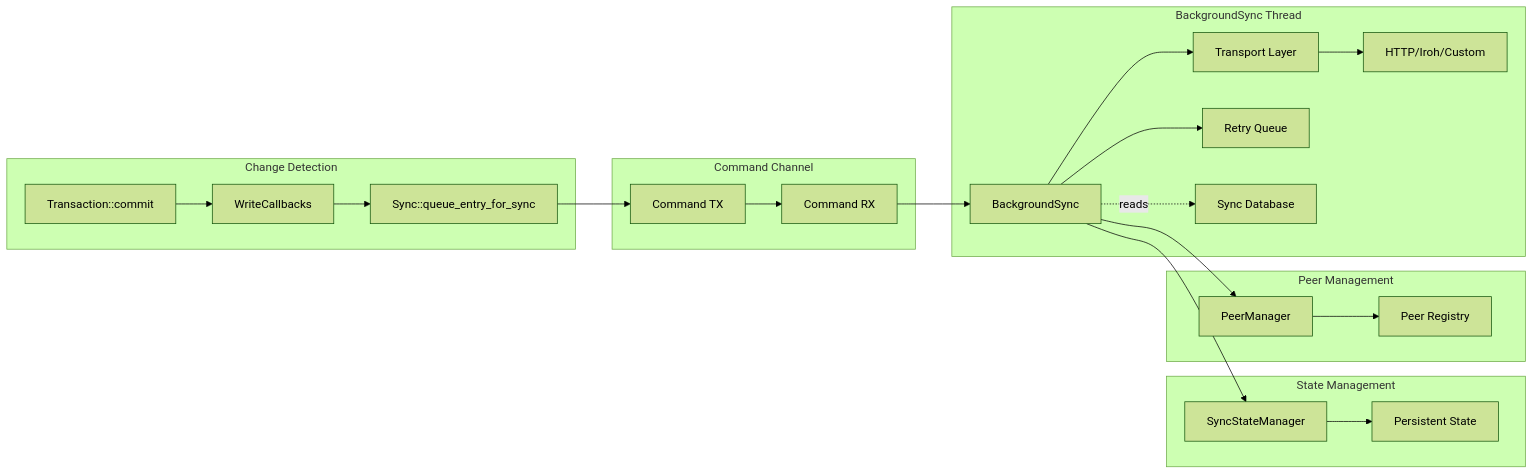
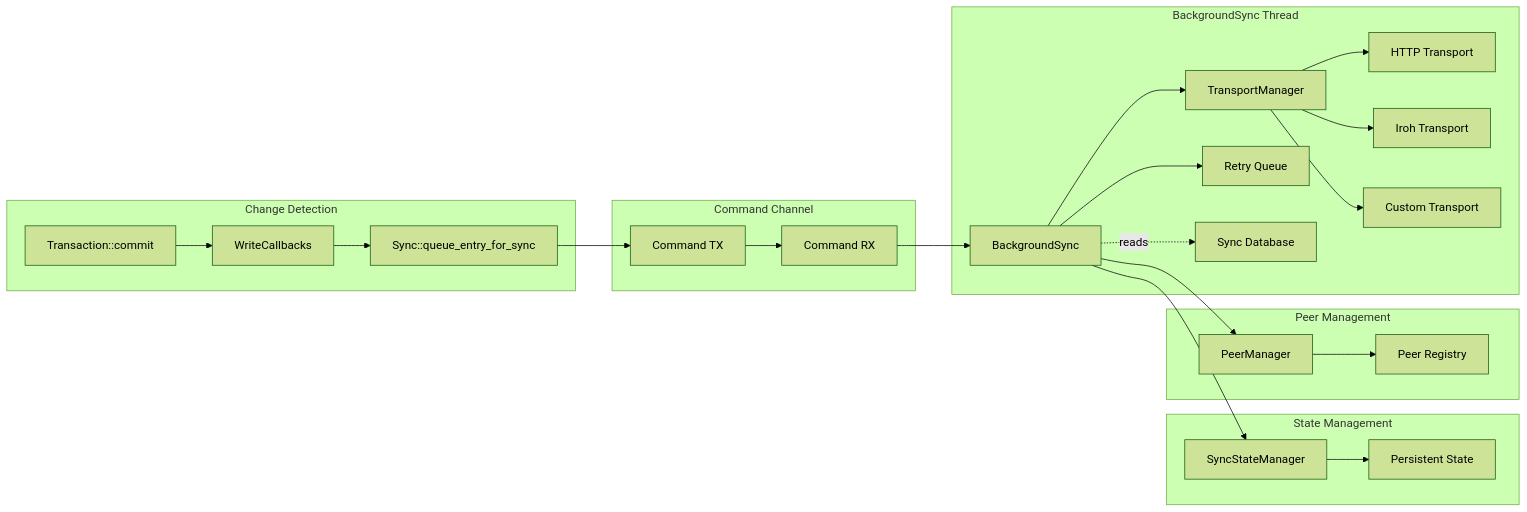
The diagram in docs/src/design/synchronization.md (arcuru/eidetica), drawn with Mermaid (forest theme) before and after one commit. The commit also changed other lines of this file and 4 other files, not shown here.

````diff
--- a/docs/src/design/synchronization.md
+++ b/docs/src/design/synchronization.md
@@ -291,30 +315,32 @@
 ```mermaid
 graph LR
     subgraph "Change Detection"
         A[Transaction::commit] --> B[WriteCallbacks]
         B --> C[Sync::queue_entry_for_sync]
     end
 
     subgraph "Command Channel"
         C --> D[Command TX]
         D --> E[Command RX]
     end
 
     subgraph "BackgroundSync Thread"
         E --> F[BackgroundSync]
-        F --> G[Transport Layer]
-        G --> H[HTTP/Iroh/Custom]
+        F --> TM[TransportManager]
+        TM --> H1[HTTP Transport]
+        TM --> H2[Iroh Transport]
+        TM --> H3[Custom Transport]
         F --> I[Retry Queue]
         F -.->|reads| ST[Sync Database]
     end
 
     subgraph "State Management"
         K[SyncStateManager] --> L[Persistent State]
         F --> K
     end
 
     subgraph "Peer Management"
         M[PeerManager] --> N[Peer Registry]
         F --> M
     end
 ```
````
